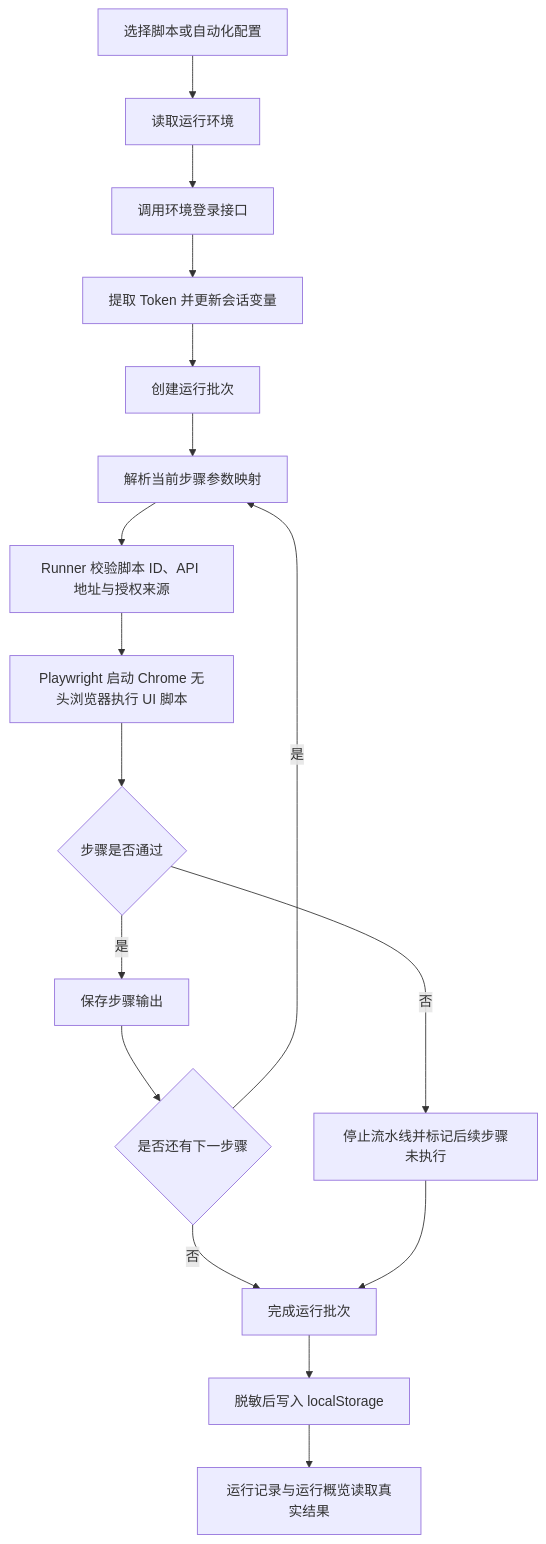
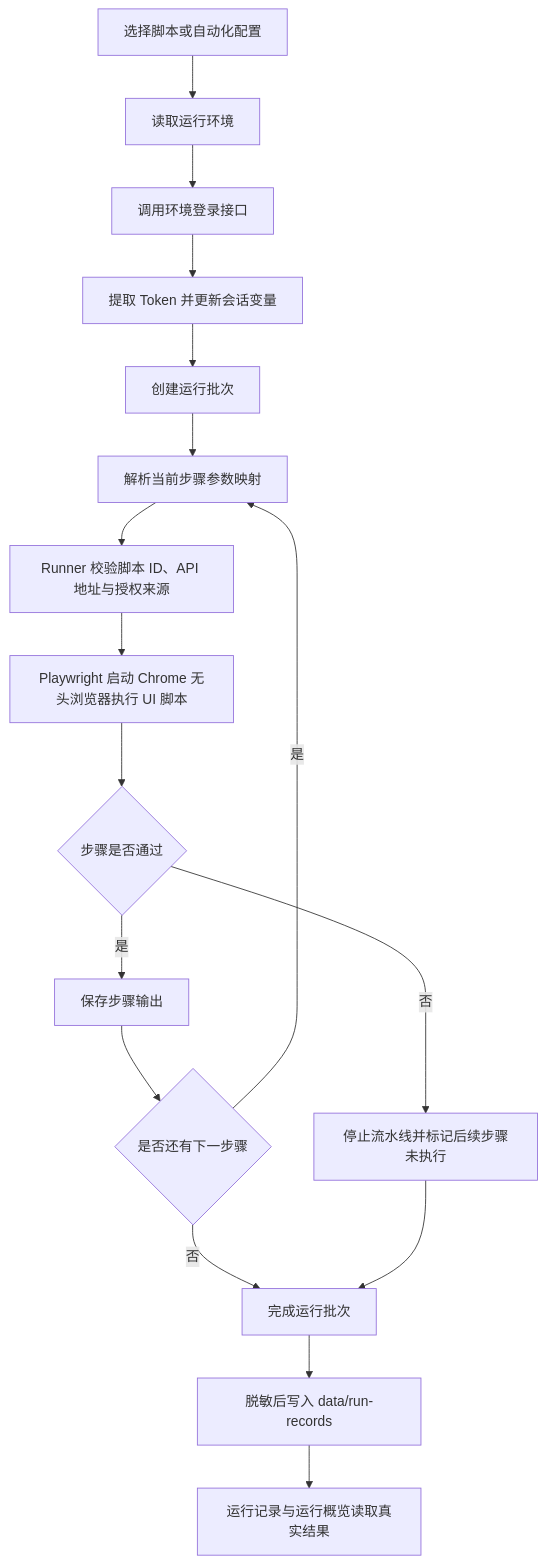
Before and after one commit to caozichen/autoTest: the diagram in README.md, drawn with Mermaid. The commit also changed other lines of this file and 24 other files, not shown here.

````diff
--- a/README.md
+++ b/README.md
@@ -135,19 +135,19 @@
 ```mermaid
 flowchart TD
     A["选择脚本或自动化配置"] --> B["读取运行环境"]
     B --> C["调用环境登录接口"]
     C --> D["提取 Token 并更新会话变量"]
     D --> E["创建运行批次"]
     E --> F["解析当前步骤参数映射"]
     F --> G["Runner 校验脚本 ID、API 地址与授权来源"]
     G --> H["Playwright 启动 Chrome 无头浏览器执行 UI 脚本"]
     H --> I{"步骤是否通过"}
     I -- "是" --> J["保存步骤输出"]
     J --> K{"是否还有下一步骤"}
     K -- "是" --> F
     K -- "否" --> M["完成运行批次"]
     I -- "否" --> L["停止流水线并标记后续步骤未执行"]
     L --> M
-    M --> N["脱敏后写入 localStorage"]
+    M --> N["脱敏后写入 data/run-records"]
     N --> O["运行记录与运行概览读取真实结果"]
 ```
````
